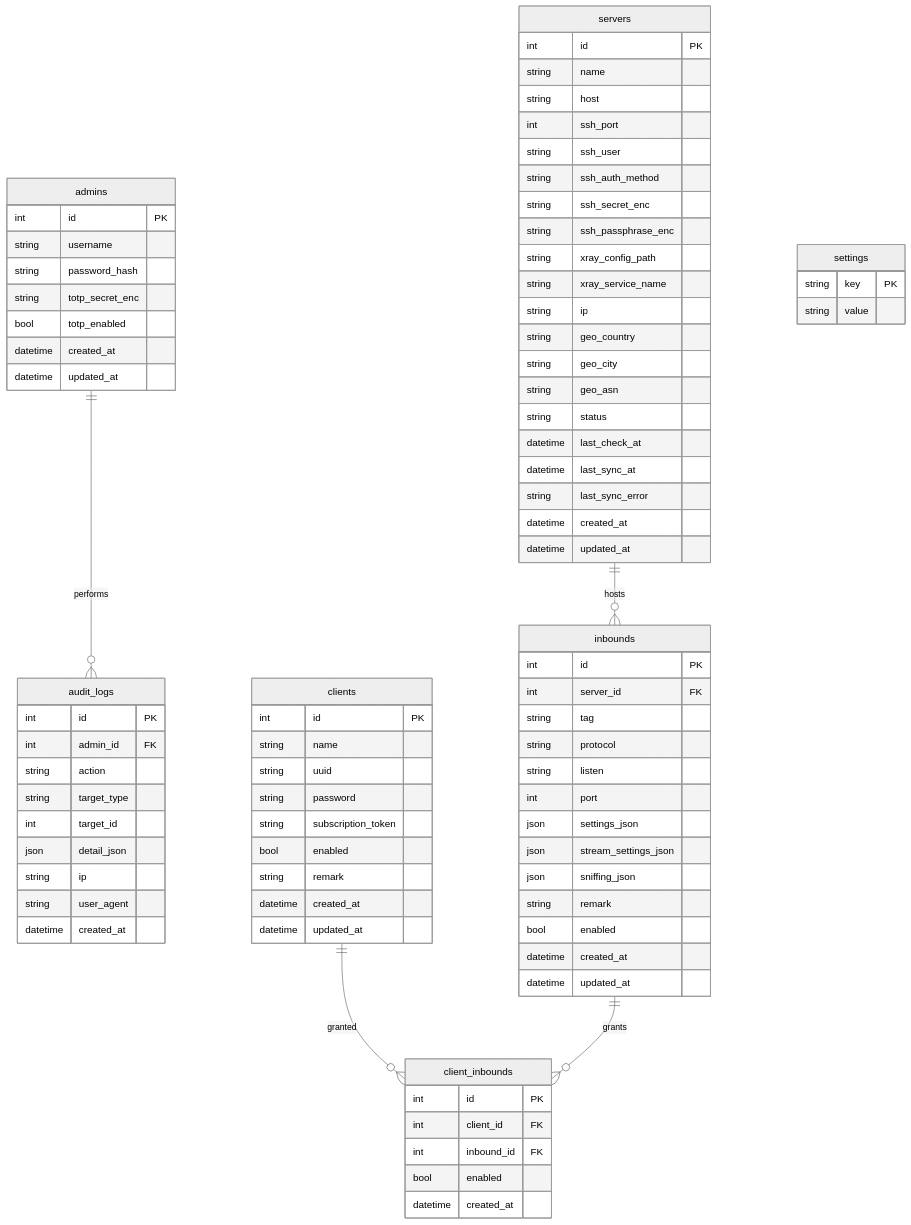
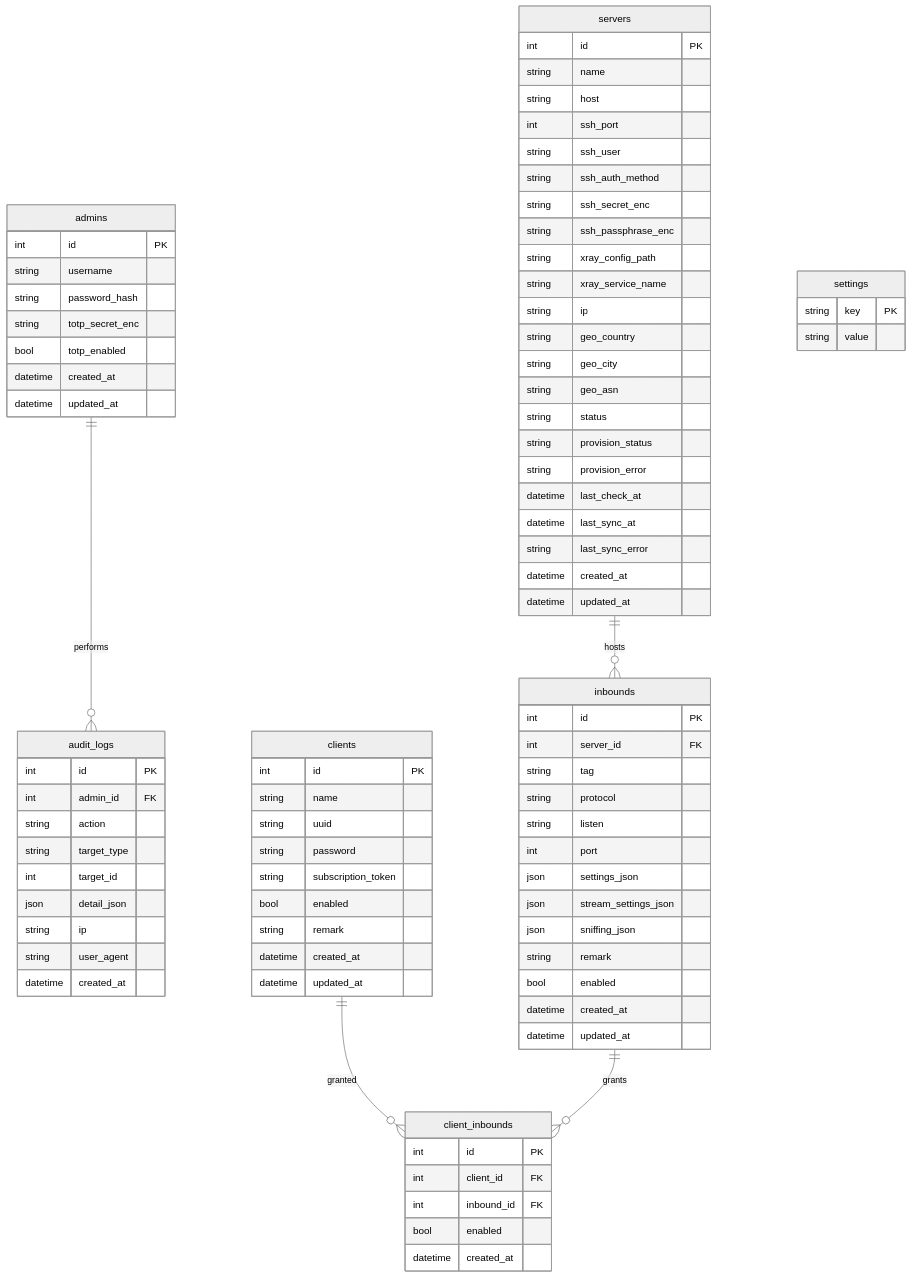
One commit to alhain1488-rgb/adp-panel changed the diagram in docs/ERD.md. Above: the diagram before and after it, drawn with Mermaid (neutral theme). The commit also changed other lines of this file and 11 other files, not shown here.

```diff
--- a/docs/ERD.md
+++ b/docs/ERD.md
@@ -36,6 +36,8 @@
         string geo_city
         string geo_asn
         string status
+        string provision_status
+        string provision_error
         datetime last_check_at
         datetime last_sync_at
         string last_sync_error
```
